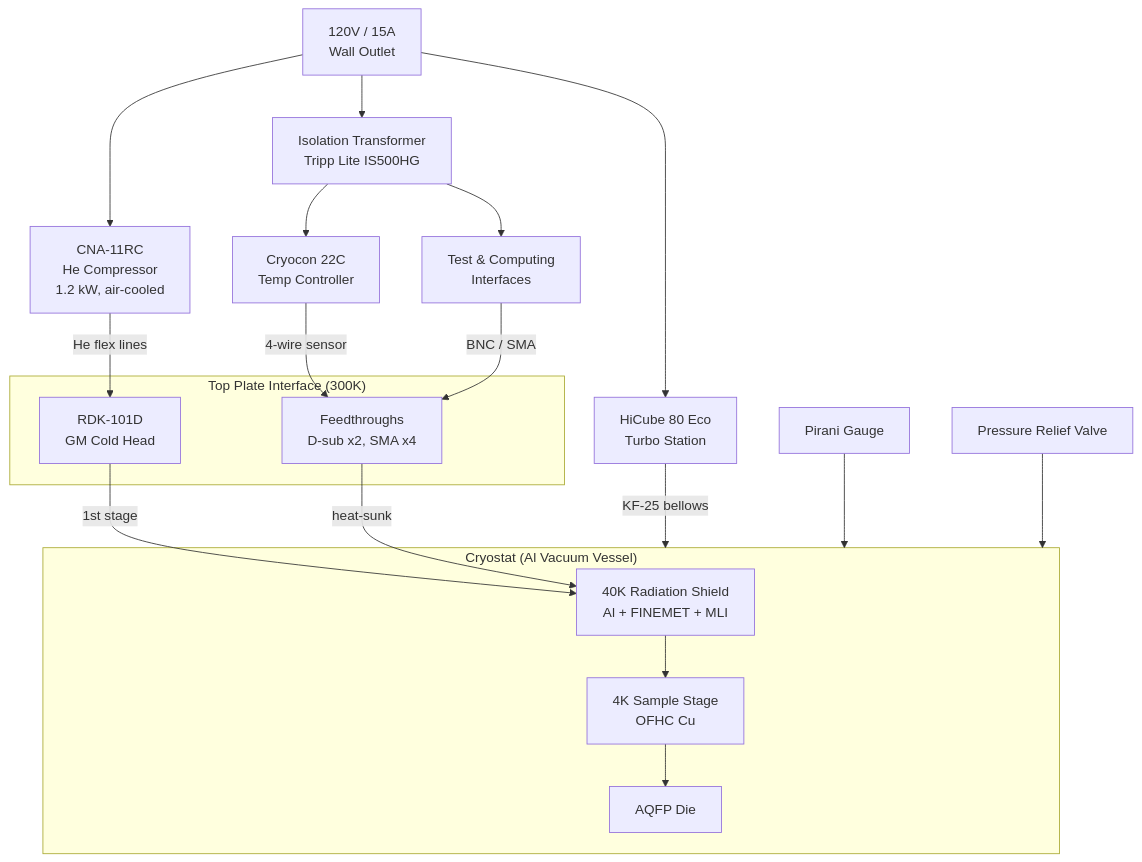
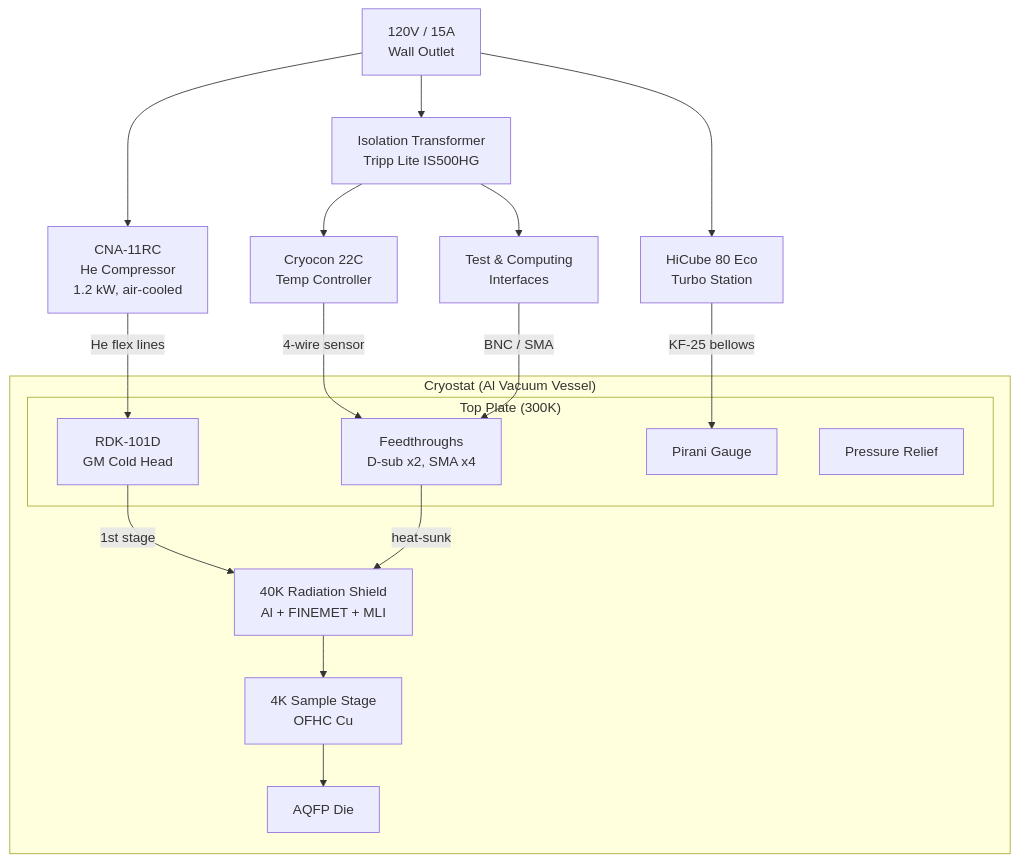
Before and after one commit to AlexWynn-AM/cryo-rack: the diagram in docs/vertiv-design-package.md, drawn with Mermaid. The commit also changed 1 other file, not shown here.

Commit message:
Consolidate cryostat diagram with top plate subgraph
- Move Pirani gauge and pressure relief into top plate
- Merge into single cryostat box with nested top plate

````diff
--- a/docs/vertiv-design-package.md
+++ b/docs/vertiv-design-package.md
@@ -54,41 +54,37 @@
 ```mermaid
 flowchart TD
     power["120V / 15A\nWall Outlet"]
     compressor["CNA-11RC\nHe Compressor\n1.2 kW, air-cooled"]
     pumpStation["HiCube 80 Eco\nTurbo Station"]
     isoXfmr["Isolation Transformer\nTripp Lite IS500HG"]
     tempController["Cryocon 22C\nTemp Controller"]
     testEquip["Test & Computing\nInterfaces"]
-    gauge["Pirani Gauge"]
-    relief["Pressure Relief Valve"]
-
-    subgraph topInterface["Top Plate Interface (300K)"]
-        coldHead["RDK-101D\nGM Cold Head"]
-        feedthroughs["Feedthroughs\nD-sub x2, SMA x4"]
-    end
 
     subgraph cryostat["Cryostat (Al Vacuum Vessel)"]
+        subgraph topPlate["Top Plate (300K)"]
+            coldHead["RDK-101D\nGM Cold Head"]
+            feedthroughs["Feedthroughs\nD-sub x2, SMA x4"]
+            gauge["Pirani Gauge"]
+            relief["Pressure Relief"]
+        end
         radShield["40K Radiation Shield\nAl + FINEMET + MLI"]
         sampleStage["4K Sample Stage\nOFHC Cu"]
         aqfpDie["AQFP Die"]
 
         sampleStage --> aqfpDie
     end
 
     power --> compressor
     power --> pumpStation
     power --> isoXfmr
     isoXfmr --> tempController
     isoXfmr --> testEquip
 
     compressor -->|"He flex lines"| coldHead
     coldHead -->|"1st stage"| radShield
-    pumpStation -->|"KF-25 bellows"| cryostat
+    pumpStation -->|"KF-25 bellows"| gauge
     tempController -->|"4-wire sensor"| feedthroughs
     testEquip -->|"BNC / SMA"| feedthroughs
     feedthroughs -->|"heat-sunk"| radShield
     radShield --> sampleStage
-
-    gauge --> cryostat
-    relief --> cryostat
 ```
````
